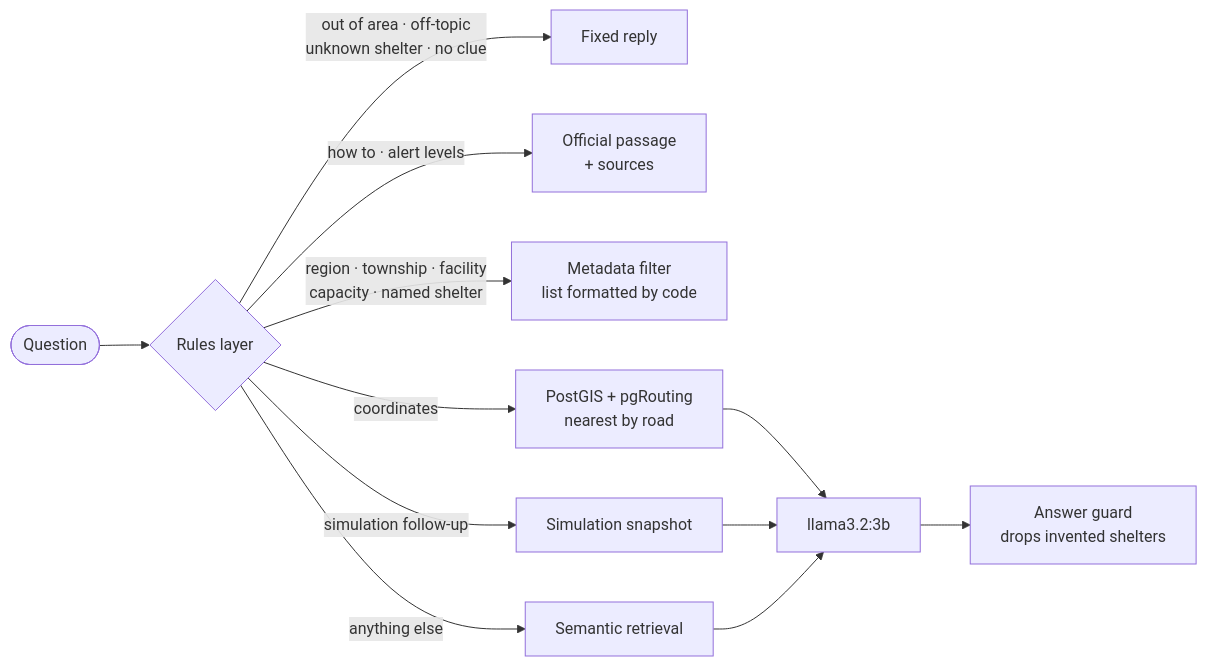
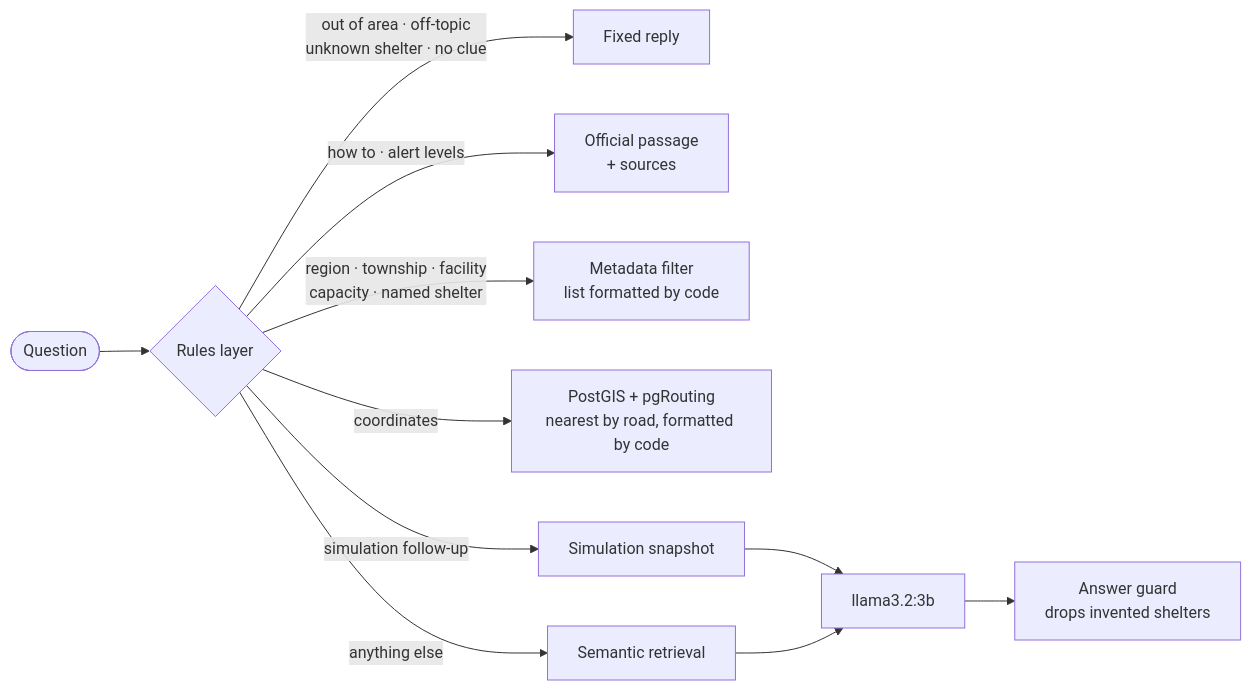
The diagram in README.md (sleepomen/DisasterHub), drawn with Mermaid before and after one commit. The commit also changed other lines of this file and 1 other file, not shown here.

Commit message:
note nearest answer by code and add a license section

````diff
--- a/README.md
+++ b/README.md
@@ -50,14 +50,13 @@
 ```mermaid
 flowchart LR
     Q([Question]) --> R{Rules layer}
     R -- "out of area · off-topic<br/>unknown shelter · no clue" --> F[Fixed reply]
     R -- "how to · alert levels" --> K[Official passage<br/>+ sources]
     R -- "region · township · facility<br/>capacity · named shelter" --> D[Metadata filter<br/>list formatted by code]
-    R -- "coordinates" --> N[PostGIS + pgRouting<br/>nearest by road]
+    R -- "coordinates" --> N[PostGIS + pgRouting<br/>nearest by road, formatted by code]
     R -- "simulation follow-up" --> S[Simulation snapshot]
     R -- "anything else" --> V[Semantic retrieval]
-    N --> L[llama3.2:3b]
-    S --> L
+    S --> L[llama3.2:3b]
     V --> L
     L --> G[Answer guard<br/>drops invented shelters]
 ```
````
